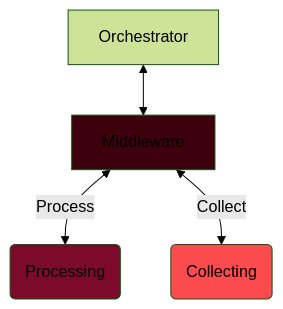
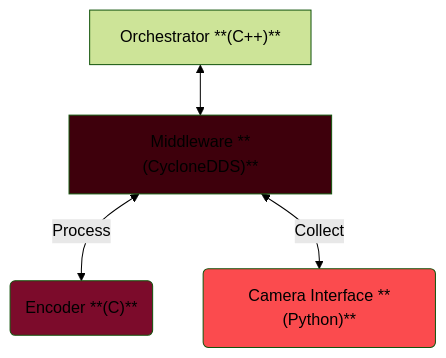
The diagram in camera/readme.md (DARKMOONlite/RPi-Dashcam), drawn with Mermaid (forest theme) before and after one commit.

Commit message:
updated diagram

````diff
--- a/camera/readme.md
+++ b/camera/readme.md
@@ -11,10 +11,10 @@
 ```mermaid
 graph TD
-    Z[Orchestrator] <--> A
-    A[Middleware] <-->|Process| B(Processing)
-    A[Middleware] <-->|Collect| C(Collecting)
+    Z["Orchestrator **(C++)** "] <--> A
+    A["Middleware **(CycloneDDS)**"] <-->|Process| B("Encoder **(C)**")
+    A <-->|Collect| C("Camera Interface **(Python)**")
     style B fill:#7C0B2B
     style C fill:#FB4B4E
     style A fill:#3E000C
 
 ```
````
